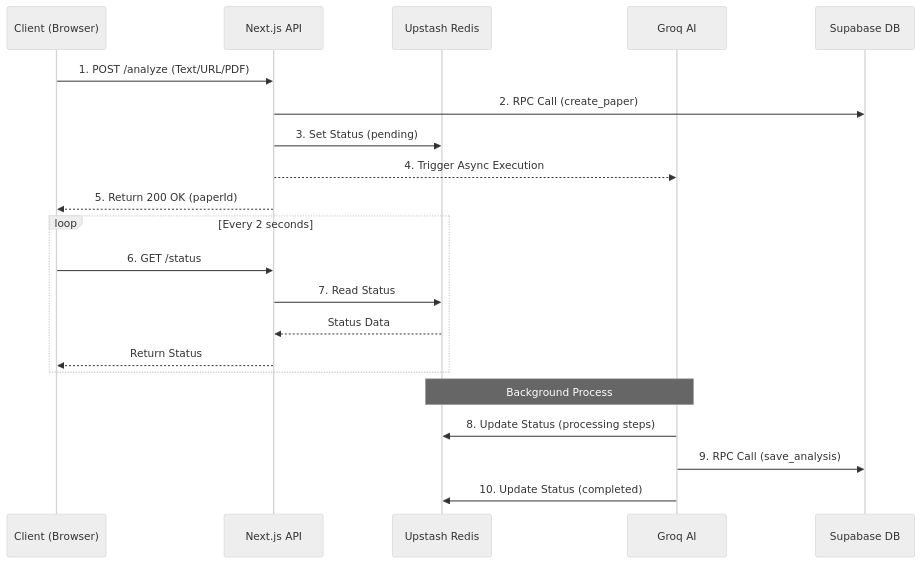
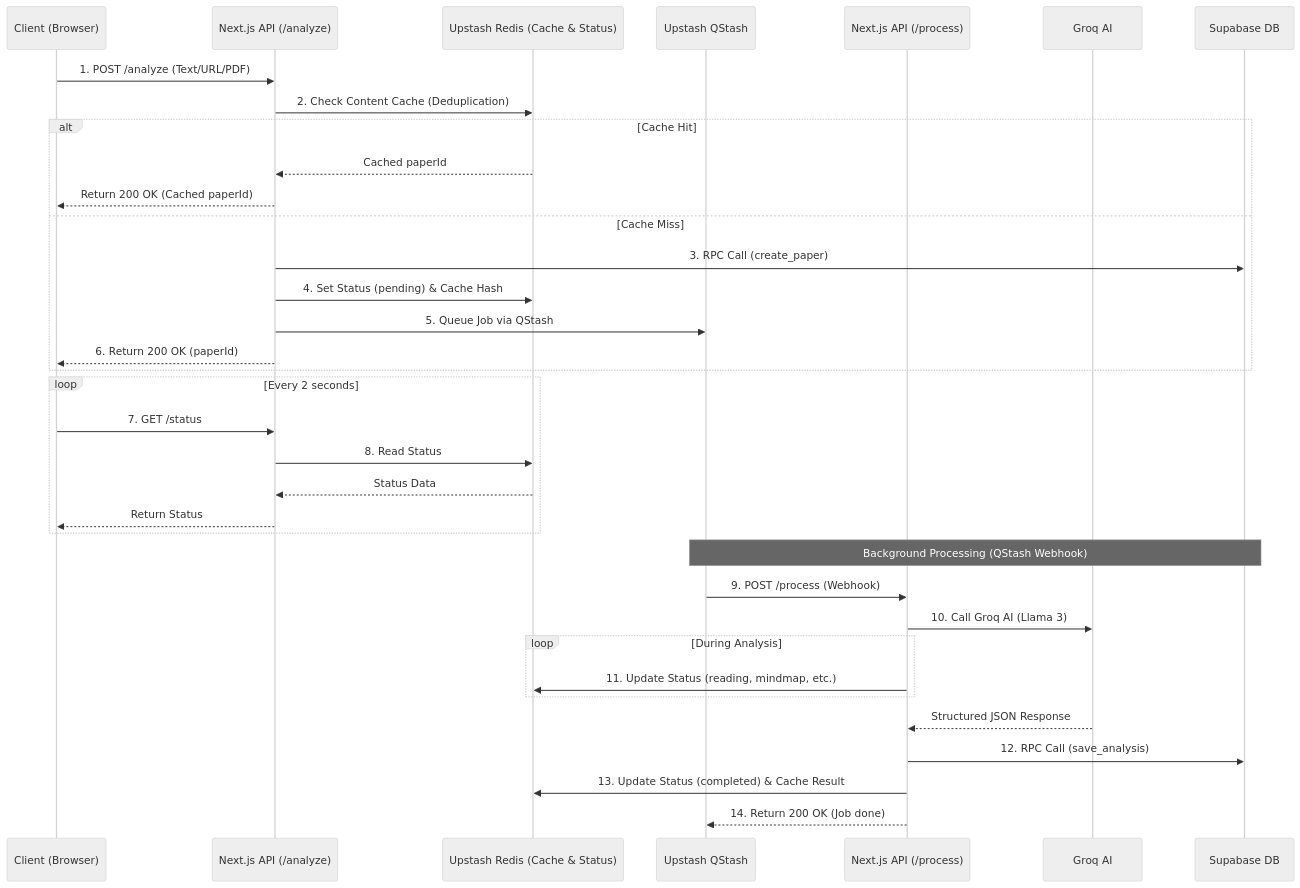
Before and after one commit to Slogllykop/PaperlensAI: the diagram in README.md, drawn with Mermaid (neutral theme). The commit also changed other lines of this file and 1 other file, not shown here.

First line of the commit message:
docs: update architecture diagram and env configuration

````diff
--- a/README.md
+++ b/README.md
@@ -7,26 +7,43 @@
 ```mermaid
 sequenceDiagram
     participant C as Client (Browser)
-    participant A as Next.js API
-    participant R as Upstash Redis
+    participant A as Next.js API (/analyze)
+    participant R as Upstash Redis (Cache & Status)
+    participant Q as Upstash QStash
+    participant W as Next.js API (/process)
     participant G as Groq AI
     participant S as Supabase DB
 
     C->>A: 1. POST /analyze (Text/URL/PDF)
-    A->>S: 2. RPC Call (create_paper)
-    A->>R: 3. Set Status (pending)
-    A-->>G: 4. Trigger Async Execution
-    A-->>C: 5. Return 200 OK (paperId)
+    A->>R: 2. Check Content Cache (Deduplication)
+    
+    alt Cache Hit
+        R-->>A: Cached paperId
+        A-->>C: Return 200 OK (Cached paperId)
+    else Cache Miss
+        A->>S: 3. RPC Call (create_paper)
+        A->>R: 4. Set Status (pending) & Cache Hash
+        A->>Q: 5. Queue Job via QStash
+        A-->>C: 6. Return 200 OK (paperId)
+    end
     
     loop Every 2 seconds
-        C->>A: 6. GET /status
-        A->>R: 7. Read Status
+        C->>A: 7. GET /status
+        A->>R: 8. Read Status
         R-->>A: Status Data
         A-->>C: Return Status
     end
 
-    Note over G,R: Background Process
-    G->>R: 8. Update Status (processing steps)
-    G->>S: 9. RPC Call (save_analysis)
-    G->>R: 10. Update Status (completed)
+    Note over Q,S: Background Processing (QStash Webhook)
+    Q->>W: 9. POST /process (Webhook)
+    W->>G: 10. Call Groq AI (Llama 3)
+    
+    loop During Analysis
+        W->>R: 11. Update Status (reading, mindmap, etc.)
+    end
+    
+    G-->>W: Structured JSON Response
+    W->>S: 12. RPC Call (save_analysis)
+    W->>R: 13. Update Status (completed) & Cache Result
+    W-->>Q: 14. Return 200 OK (Job done)
 ```
````
